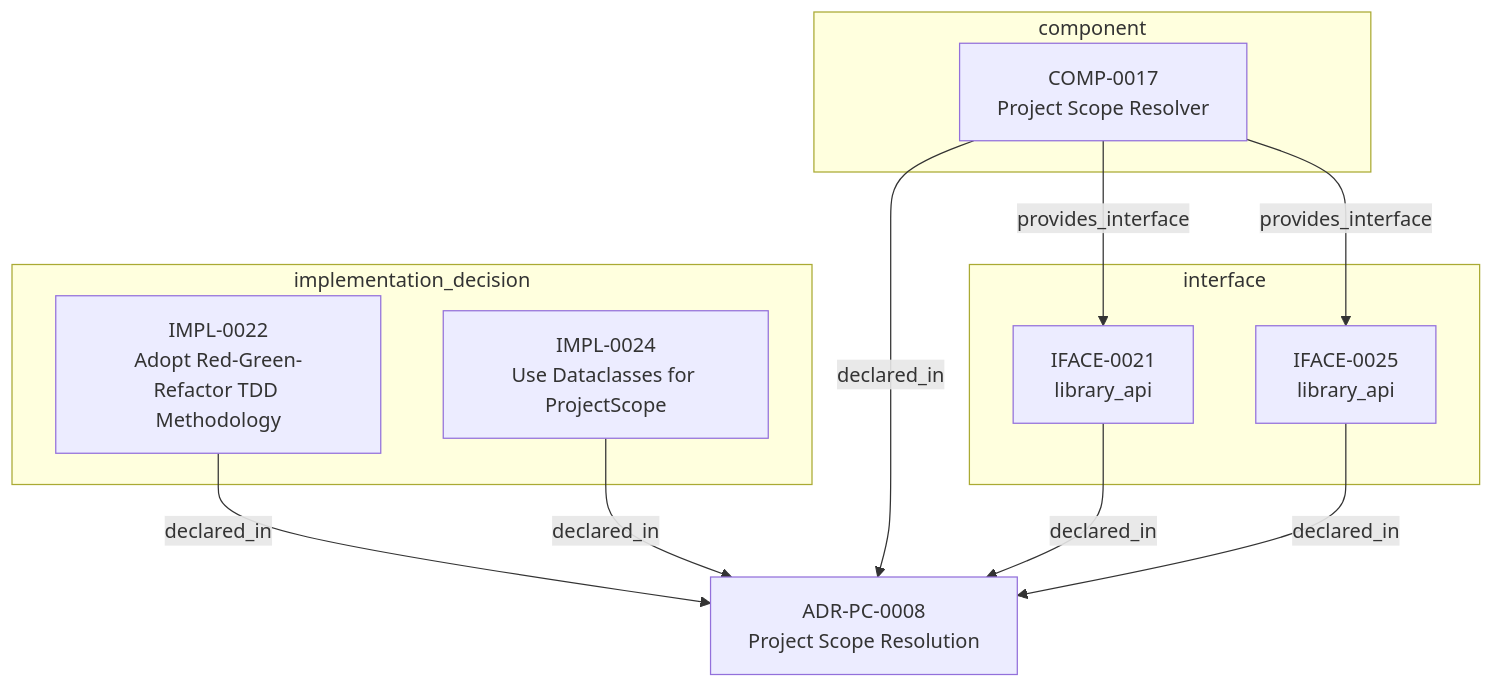
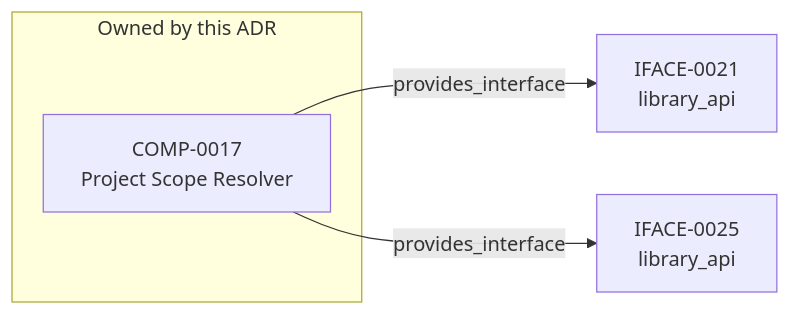
The diagram in adrs/adr-projection/physical-component/ADR-PC-0008-project-scope-resolution.md (egallmann/adr-architecture-kit), drawn with Mermaid before and after one commit. The commit also changed other lines of this file and 37 other files, not shown here.

````diff
--- a/adrs/adr-projection/physical-component/ADR-PC-0008-project-scope-resolution.md
+++ b/adrs/adr-projection/physical-component/ADR-PC-0008-project-scope-resolution.md
@@ -106,22 +67,10 @@
 ```mermaid
-flowchart TB
-  n_01a048d8_454a_7464_bcaa_718fa77bed6a["ADR-PC-0008<br/>Project Scope Resolution"]
-  subgraph sg_component["component"]
+flowchart LR
+  subgraph subject["Owned by this ADR"]
     n_019fee89_e618_719b_bb3a_f13ab0906811["COMP-0017<br/>Project Scope Resolver"]
   end
-  subgraph sg_interface["interface"]
-    n_019fee89_e618_717e_933f_f02a053e8ac5["IFACE-0021<br/>library_api"]
-    n_019fee89_e618_79e6_8b3f_27b30946373a["IFACE-0025<br/>library_api"]
-  end
-  subgraph sg_implementation_decision["implementation_decision"]
-    n_019fee89_e618_76f2_b72f_5316b89484aa["IMPL-0022<br/>Adopt Red-Green-Refactor TDD Methodology"]
-    n_019fee89_e618_722c_b527_14eb4ee67d88["IMPL-0024<br/>Use Dataclasses for ProjectScope"]
-  end
-  n_019fee89_e618_717e_933f_f02a053e8ac5 -->|"declared_in"| n_01a048d8_454a_7464_bcaa_718fa77bed6a
-  n_019fee89_e618_719b_bb3a_f13ab0906811 -->|"declared_in"| n_01a048d8_454a_7464_bcaa_718fa77bed6a
-  n_019fee89_e618_722c_b527_14eb4ee67d88 -->|"declared_in"| n_01a048d8_454a_7464_bcaa_718fa77bed6a
-  n_019fee89_e618_76f2_b72f_5316b89484aa -->|"declared_in"| n_01a048d8_454a_7464_bcaa_718fa77bed6a
-  n_019fee89_e618_79e6_8b3f_27b30946373a -->|"declared_in"| n_01a048d8_454a_7464_bcaa_718fa77bed6a
+  n_019fee89_e618_717e_933f_f02a053e8ac5["IFACE-0021<br/>library_api"]
+  n_019fee89_e618_79e6_8b3f_27b30946373a["IFACE-0025<br/>library_api"]
   n_019fee89_e618_719b_bb3a_f13ab0906811 -->|"provides_interface"| n_019fee89_e618_717e_933f_f02a053e8ac5
   n_019fee89_e618_719b_bb3a_f13ab0906811 -->|"provides_interface"| n_019fee89_e618_79e6_8b3f_27b30946373a
 ```
````
